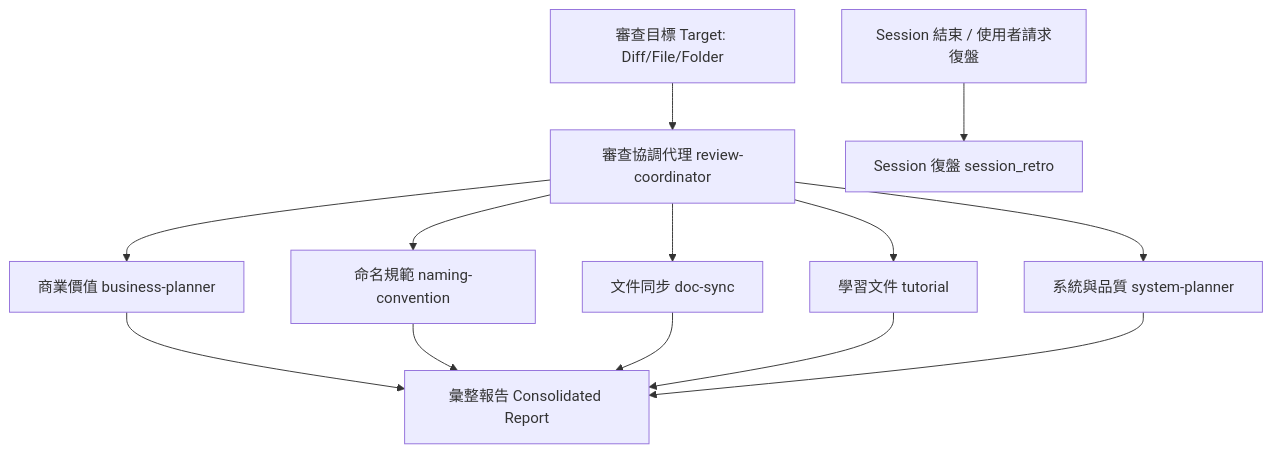
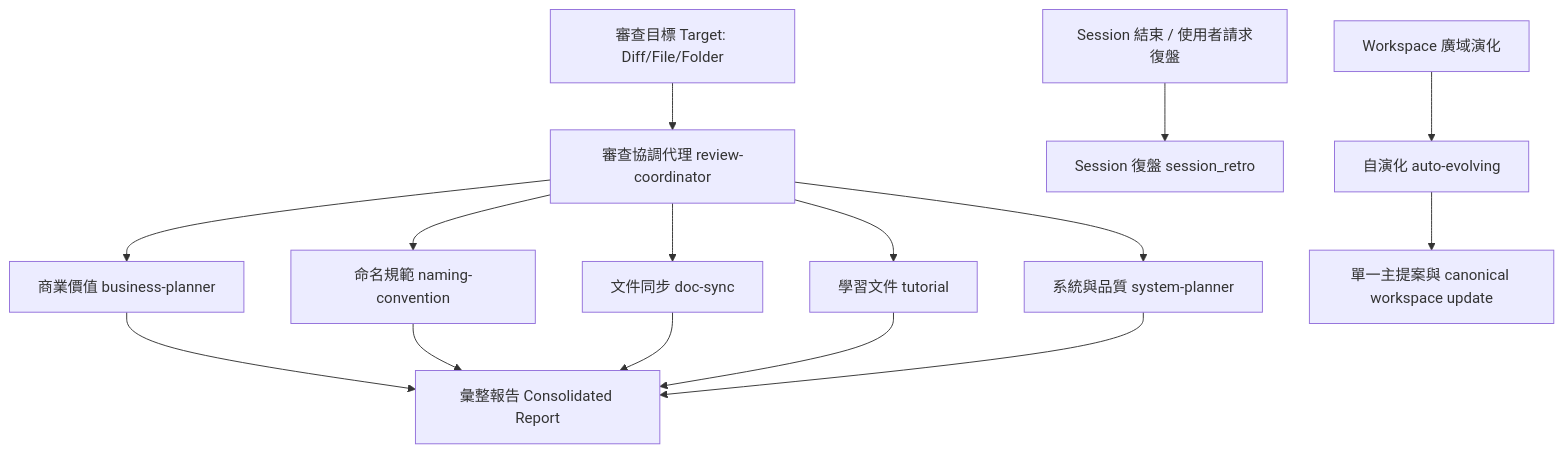
One commit to BizShuk/cc-plugin changed the diagram in plugins/review/README.md. Above: the diagram before and after it, drawn with Mermaid. The commit also changed other lines of this file and 61 other files, not shown here.

Commit message:
refactor: remove auto-evolving template structure and clean up obsolete project plans

````diff
--- a/plugins/review/README.md
+++ b/plugins/review/README.md
@@ -13,15 +13,17 @@
 ```mermaid
 graph TD
     Target[審查目標 Target: Diff/File/Folder] --> Coordinator[審查協調代理 review-coordinator]
     Coordinator --> S1[商業價值 business-planner]
     Coordinator --> S2[命名規範 naming-convention]
     Coordinator --> S3[文件同步 doc-sync]
     Coordinator --> S4[學習文件 tutorial]
     Coordinator --> S5[系統與品質 system-planner]
     S1 --> Report[彙整報告 Consolidated Report]
     S2 --> Report
     S3 --> Report
     S4 --> Report
     S5 --> Report
     Session[Session 結束 / 使用者請求復盤] --> S6[Session 復盤 session_retro]
+    Workspace[Workspace 廣域演化] --> Evolve[自演化 auto-evolving]
+    Evolve --> MainFlow[單一主提案與 canonical workspace update]
 ```
````
